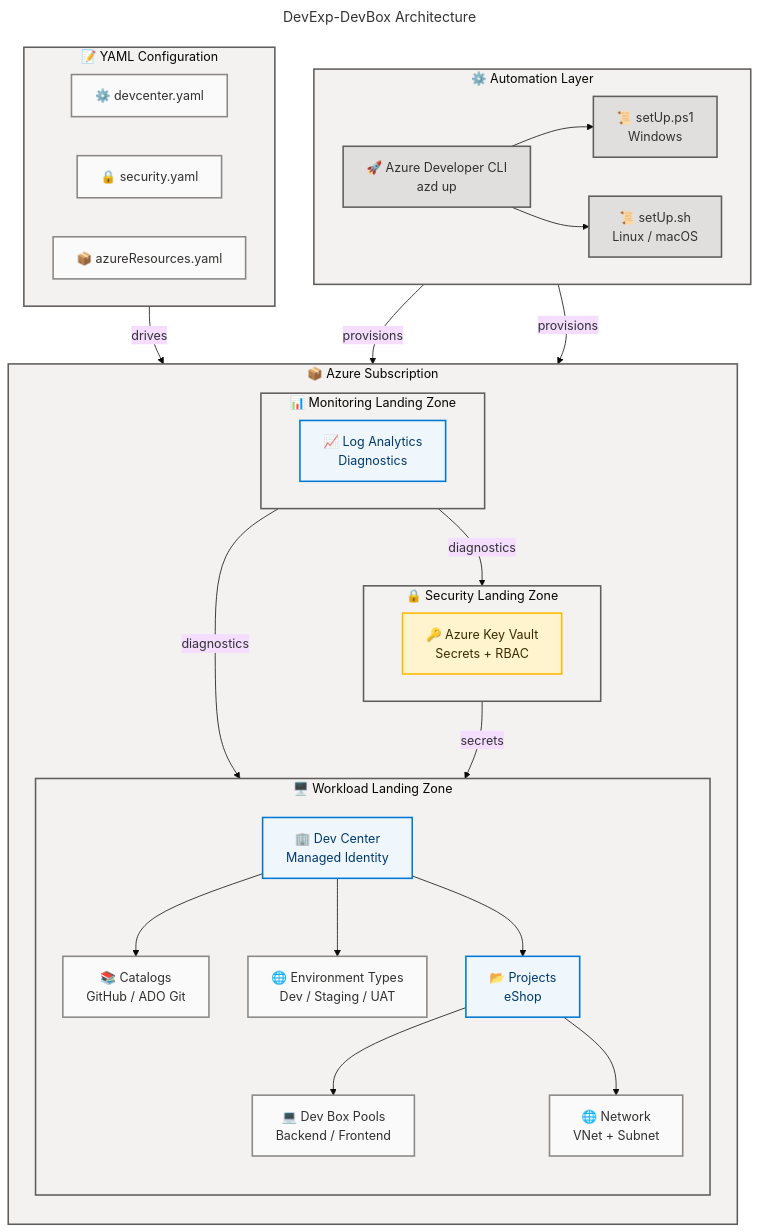
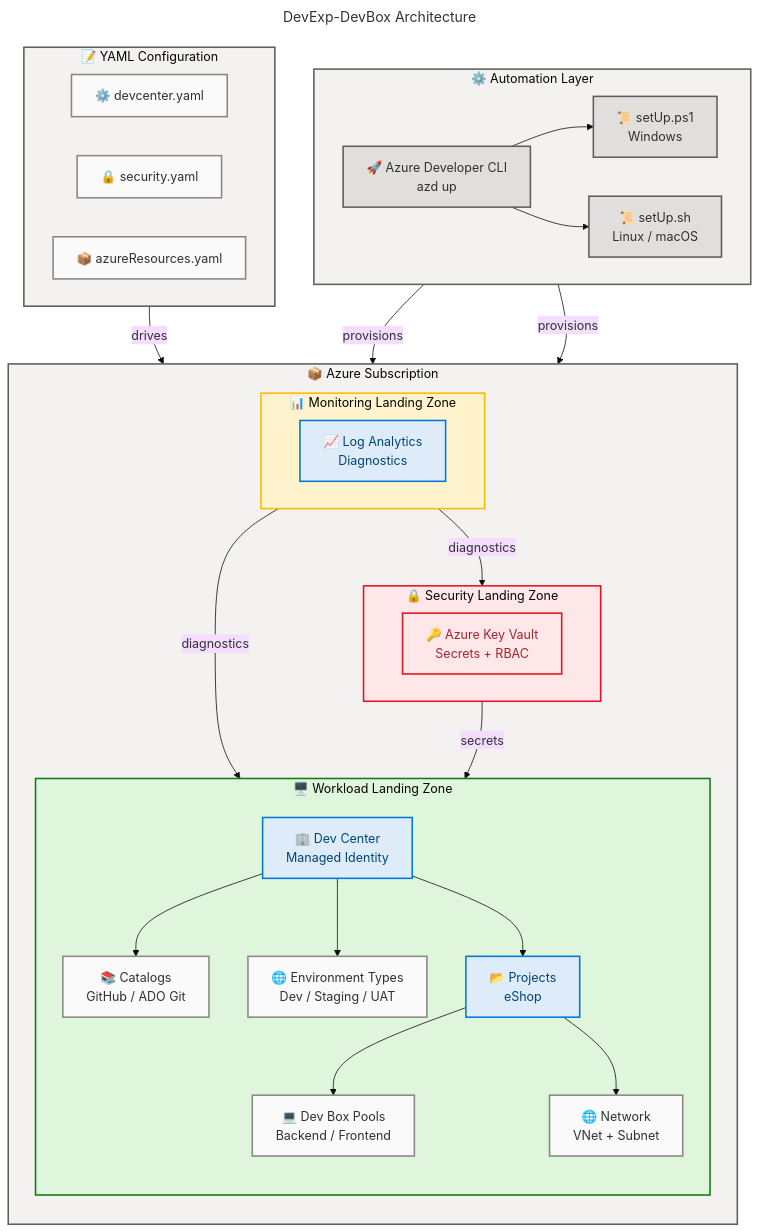
One commit to Evilazaro/DevExp-DevBox changed the diagram in README.md. Above: the diagram before and after it, drawn with Mermaid. The commit also changed other lines of this file and 1 other file, not shown here.

Commit message:
docs: improve formatting and clarity in README and business architecture documentation

````diff
--- a/README.md
+++ b/README.md
@@ -75,8 +75,8 @@
     %% ═══════════════════════════════════════════════════════════════════════════
 
     classDef neutral fill:#FAFAFA,stroke:#8A8886,stroke-width:2px,color:#323130
-    classDef primary fill:#EFF6FC,stroke:#0078D4,stroke-width:2px,color:#003B6F
-    classDef security fill:#FFF4CE,stroke:#FFB900,stroke-width:2px,color:#3B2C00
+    classDef primary fill:#DEECF9,stroke:#0078D4,stroke-width:2px,color:#004578
+    classDef security fill:#FDE7E9,stroke:#E81123,stroke-width:2px,color:#A4262C
     classDef external fill:#E1DFDD,stroke:#605E5C,stroke-width:2px,color:#323130
 
     subgraph automation["⚙️ Automation Layer"]
@@ -134,8 +134,8 @@
 
     style automation fill:#F3F2F1,stroke:#605E5C,stroke-width:2px
     style infra fill:#F3F2F1,stroke:#605E5C,stroke-width:2px
-    style securityLZ fill:#F3F2F1,stroke:#605E5C,stroke-width:2px
-    style monitoringLZ fill:#F3F2F1,stroke:#605E5C,stroke-width:2px
-    style workloadLZ fill:#F3F2F1,stroke:#605E5C,stroke-width:2px
+    style securityLZ fill:#FDE7E9,stroke:#E81123,stroke-width:2px
+    style monitoringLZ fill:#FFF4CE,stroke:#FFB900,stroke-width:2px
+    style workloadLZ fill:#DFF6DD,stroke:#107C10,stroke-width:2px
     style config fill:#F3F2F1,stroke:#605E5C,stroke-width:2px
 ```
````
